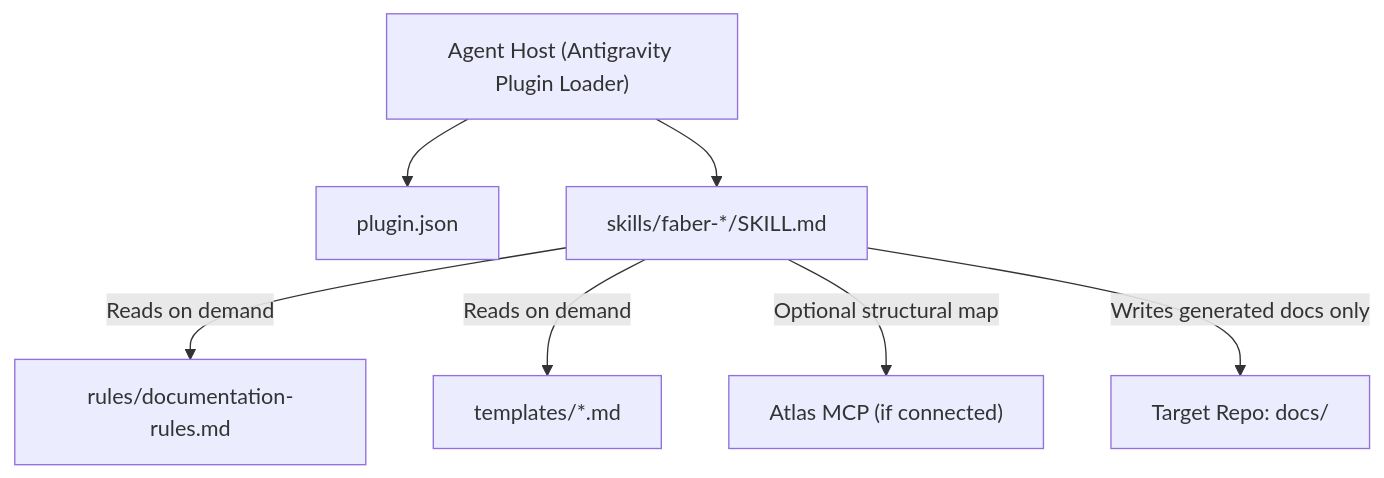
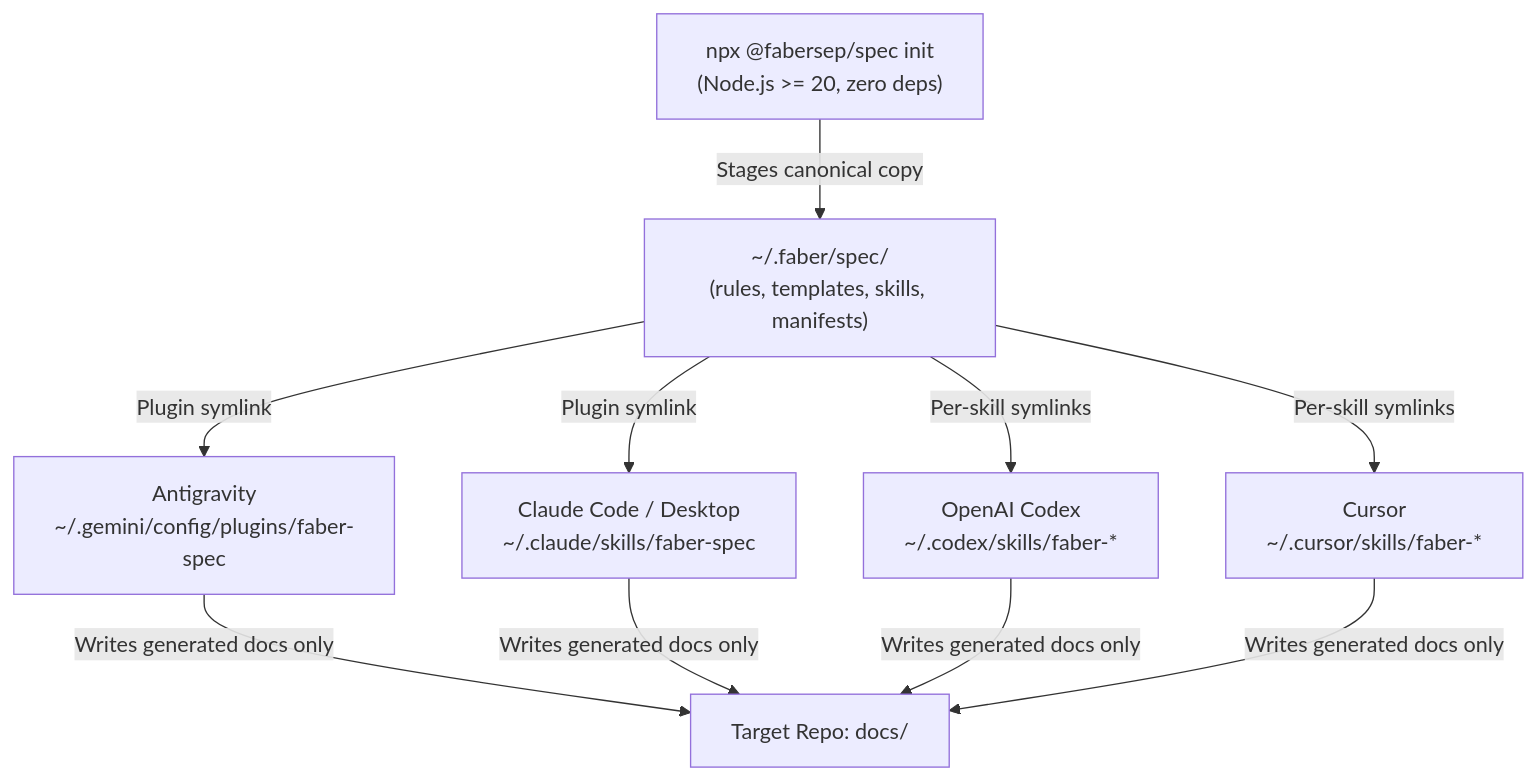
Before and after one commit to fabersep/spec: the first of 3 diagrams in docs/architecture.md, drawn with Mermaid. The commit also changed other lines of this file and 17 other files, not shown here.

Commit message:
feat: add zero-dep interactive CLI installer, cross-agent skill paths, and v0.2 docs/README

````diff
--- a/docs/architecture.md
+++ b/docs/architecture.md
@@ -20,9 +23,9 @@
 ```mermaid
 flowchart TD
-    Host["Agent Host (Antigravity Plugin Loader)"] --> Manifest["plugin.json"]
-    Host --> Skills["skills/faber-*/SKILL.md"]
-    Skills -->|Reads on demand| Rules["rules/documentation-rules.md"]
-    Skills -->|Reads on demand| Templates["templates/*.md"]
-    Skills -->|Optional structural map| Atlas["Atlas MCP (if connected)"]
-    Skills -->|Writes generated docs only| Target["Target Repo: docs/"]
+    CLI["npx @fabersep/spec init<br/>(Node.js >= 20, zero deps)"] -->|Stages canonical copy| Store["~/.faber/spec/<br/>(rules, templates, skills, manifests)"]
+    Store -->|Plugin symlink| AGY["Antigravity<br/>~/.gemini/config/plugins/faber-spec"]
+    Store -->|Plugin symlink| CC["Claude Code / Desktop<br/>~/.claude/skills/faber-spec"]
+    Store -->|Per-skill symlinks| CDX["OpenAI Codex<br/>~/.codex/skills/faber-*"]
+    Store -->|Per-skill symlinks| CUR["Cursor<br/>~/.cursor/skills/faber-*"]
+    AGY & CC & CDX & CUR -->|Writes generated docs only| Target["Target Repo: docs/"]
 ```
````
